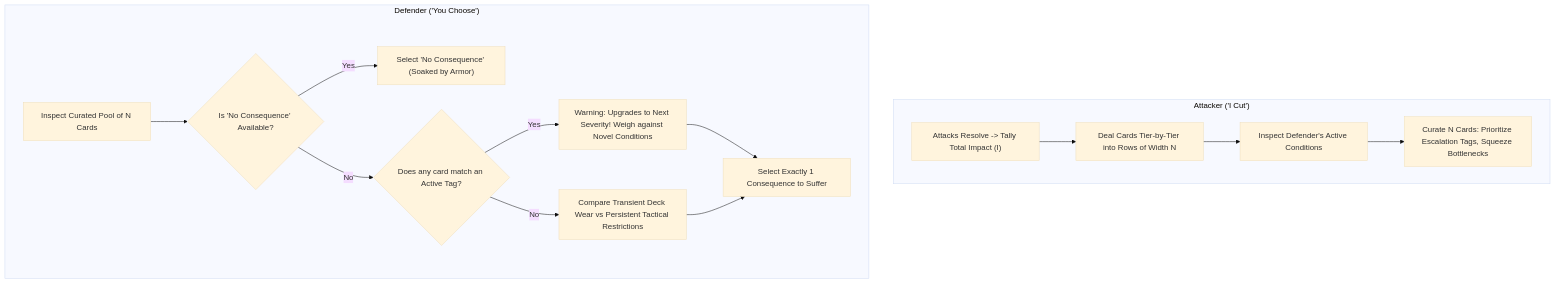
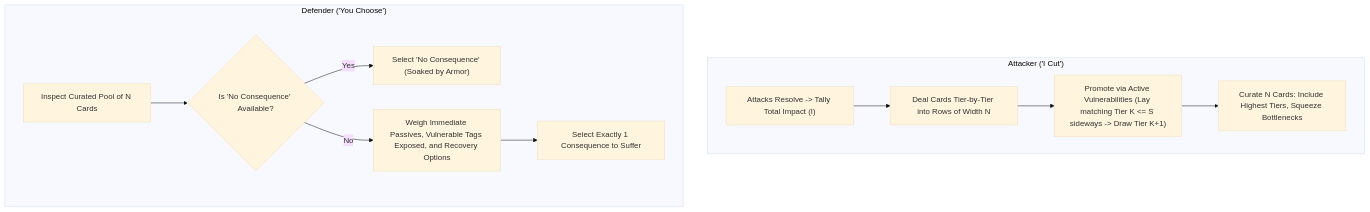
Before and after one commit to tdimiduk/cardpg: the diagram in design/iteration/resolution/candidates/consequence-pool-tag-escalation/players-guide-patch.md, drawn with Mermaid (base theme). The commit also changed other lines of this file and 5 other files, not shown here.

````diff
--- a/design/iteration/resolution/candidates/consequence-pool-tag-escalation/players-guide-patch.md
+++ b/design/iteration/resolution/candidates/consequence-pool-tag-escalation/players-guide-patch.md
@@ -142,18 +114,15 @@
 ```mermaid
 flowchart TD
     subgraph Attacker Decision ["Attacker ('I Cut')"]
         A1["Attacks Resolve -> Tally Total Impact (I)"] --> A2["Deal Cards Tier-by-Tier into Rows of Width N"]
-        A2 --> A3["Inspect Defender's Active Conditions"]
-        A3 --> A4["Curate N Cards: Prioritize Escalation Tags, Squeeze Bottlenecks"]
+        A2 --> A3["Promote via Active Vulnerabilities (Lay matching Tier K <= S sideways -> Draw Tier K+1)"]
+        A3 --> A4["Curate N Cards: Include Highest Tiers, Squeeze Bottlenecks"]
     end
 
     subgraph Defender Decision ["Defender ('You Choose')"]
         D1["Inspect Curated Pool of N Cards"] --> D2{"Is 'No Consequence' Available?"}
         D2 -- Yes --> D3["Select 'No Consequence' (Soaked by Armor)"]
-        D2 -- No --> D4{"Does any card match an Active Tag?"}
-        D4 -- Yes --> D5["Warning: Upgrades to Next Severity! Weigh against Novel Conditions"]
-        D4 -- No --> D6["Compare Transient Deck Wear vs Persistent Tactical Restrictions"]
-        D5 --> D7["Select Exactly 1 Consequence to Suffer"]
-        D6 --> D7
+        D2 -- No --> D4["Weigh Immediate Passives, Vulnerable Tags Exposed, and Recovery Options"]
+        D4 --> D5["Select Exactly 1 Consequence to Suffer"]
     end
 ```
````
